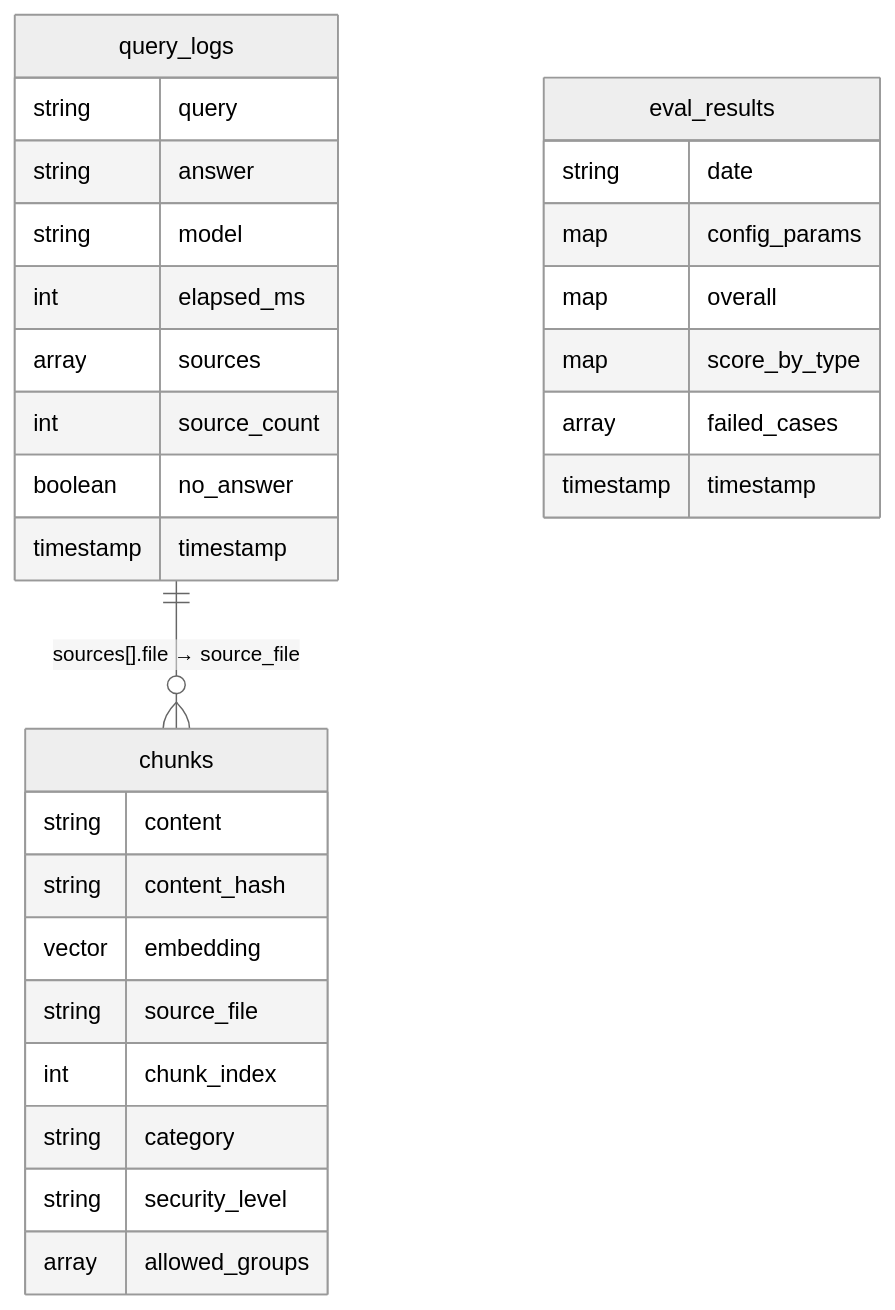
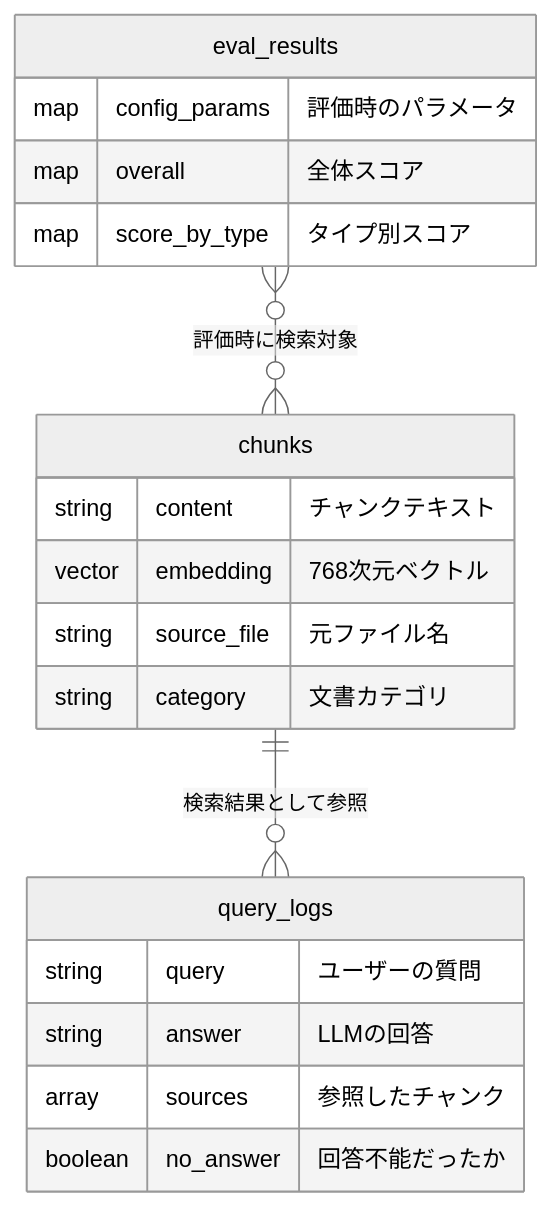
One commit to ishimori/poc_rag_gcp_public changed the second of 2 diagrams in doc/spec/app/database.md. Above: the diagram before and after it, drawn with Mermaid (neutral theme). The commit also changed other lines of this file and 15 other files, not shown here.

````diff
--- a/doc/spec/app/database.md
+++ b/doc/spec/app/database.md
@@ -129,35 +43,25 @@
 ```mermaid
 erDiagram
+    chunks ||--o{ query_logs : "検索結果として参照"
+    eval_results }o--o{ chunks : "評価時に検索対象"
+
     chunks {
-        string content
-        string content_hash
-        vector embedding
-        string source_file
-        int chunk_index
-        string category
-        string security_level
-        array allowed_groups
+        string content "チャンクテキスト"
+        vector embedding "768次元ベクトル"
+        string source_file "元ファイル名"
+        string category "文書カテゴリ"
     }
 
     query_logs {
-        string query
-        string answer
-        string model
-        int elapsed_ms
-        array sources
-        int source_count
-        boolean no_answer
-        timestamp timestamp
+        string query "ユーザーの質問"
+        string answer "LLMの回答"
+        array sources "参照したチャンク"
+        boolean no_answer "回答不能だったか"
     }
 
     eval_results {
-        string date
-        map config_params
-        map overall
-        map score_by_type
-        array failed_cases
-        timestamp timestamp
+        map config_params "評価時のパラメータ"
+        map overall "全体スコア"
+        map score_by_type "タイプ別スコア"
     }
-
-    query_logs ||--o{ chunks : "sources[].file → source_file"
 ```
````
